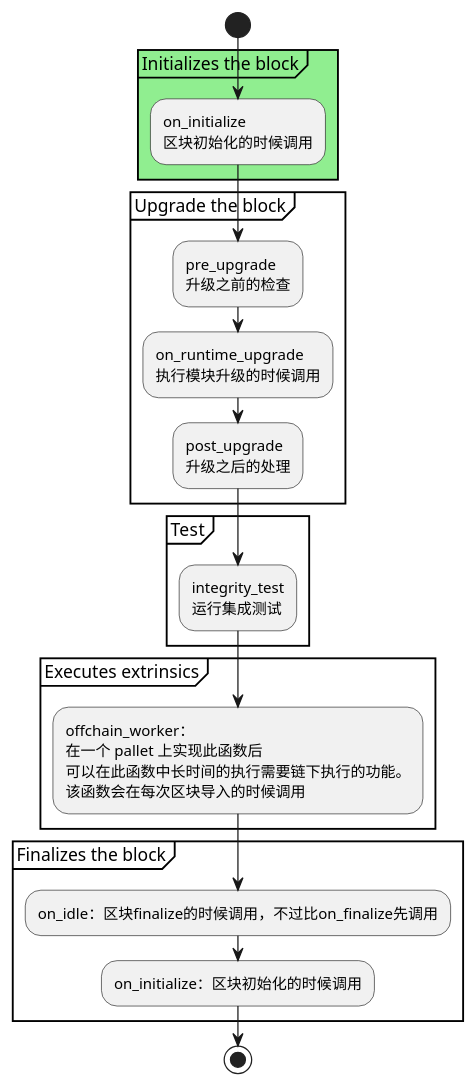
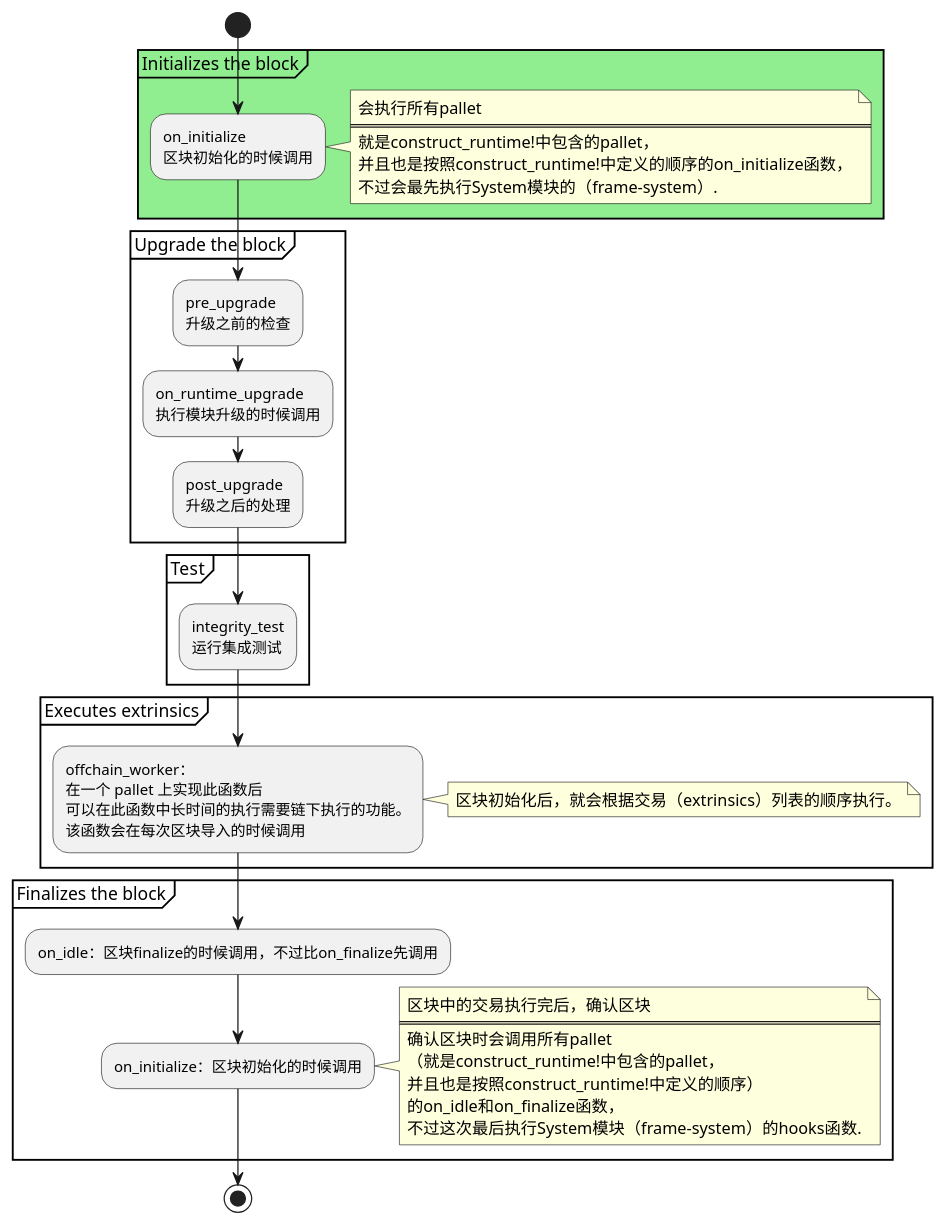
Before and after one commit to KuanHsiaoKuo/programming_anatomy_in_rust: the diagram in materials/plantumls/substrate_activity_hooks.puml, drawn with PlantUML. The commit also changed 1 other file, not shown here.

```diff
--- a/materials/plantumls/substrate_activity_hooks.puml
+++ b/materials/plantumls/substrate_activity_hooks.puml
@@ -1,30 +1,49 @@
 @startuml
 start
 partition #lightGreen "Initializes the block" {
     :on_initialize
     区块初始化的时候调用;
 }
+note right
+    会执行所有pallet
+    ====
+    就是construct_runtime!中包含的pallet，
+    并且也是按照construct_runtime!中定义的顺序的on_initialize函数，
+    不过会最先执行System模块的（frame-system）.
+end note
 partition "Upgrade the block" {
 :pre_upgrade
 升级之前的检查;
 :on_runtime_upgrade
 执行模块升级的时候调用;
 :post_upgrade
 升级之后的处理;
 }
 partition Test {
 :integrity_test
 运行集成测试;
 }
 partition "Executes extrinsics" {
 :offchain_worker：
 在一个 pallet 上实现此函数后
 可以在此函数中长时间的执行需要链下执行的功能。
 该函数会在每次区块导入的时候调用;
 }
+note right
+区块初始化后，就会根据交易（extrinsics）列表的顺序执行。
+end note
 partition "Finalizes the block" {
 :on_idle：区块finalize的时候调用，不过比on_finalize先调用;
 :on_initialize：区块初始化的时候调用;
 }
+note right
+区块中的交易执行完后，确认区块
+====
+确认区块时会调用所有pallet
+（就是construct_runtime!中包含的pallet，
+并且也是按照construct_runtime!中定义的顺序）
+的on_idle和on_finalize函数，
+不过这次最后执行System模块（frame-system）的hooks函数.
+end note
 stop
 @enduml
```
